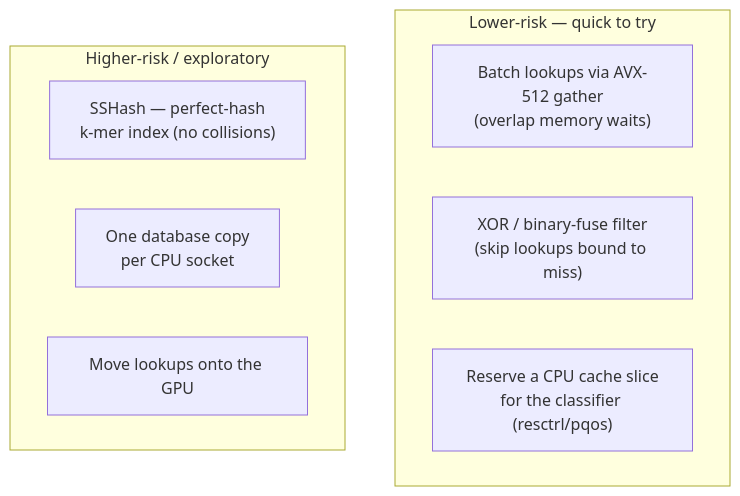
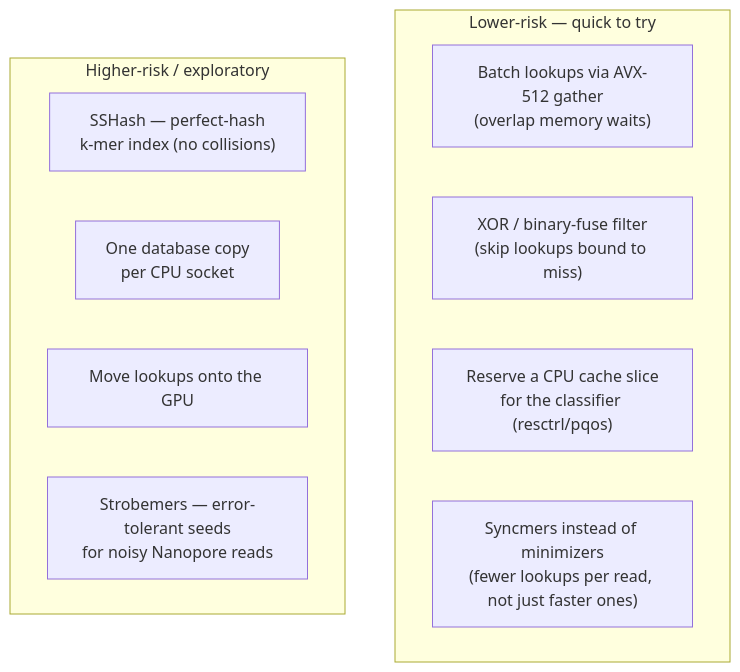
One commit to KathpaliaChirag/Nanopore-project changed the ninth of 10 diagrams in plan_2026-07-25.md. Above: the diagram before and after it, drawn with Mermaid. The commit also changed other lines of this file, not shown here.

Commit message:
docs: add syncmers and strobemers to thesis plan idea catalog
Two more researched ideas, a different lever from everything added so
far (fewer lookups per read, not just faster ones): syncmers (Edgar
2021) give a measured 29% fewer selected k-mers than minimizers at
Kraken2's own published parameters with no coverage loss, and two
existing classifiers already use them. Strobemers (Sahlin 2021) are
included with an honest caveat - they're an accuracy play against
Nanopore's error rate, not a lookup-count reducer, and have no prior
use in taxonomic classification, so it's flagged as genuinely
unproven ground rather than oversold.

````diff
--- a/plan_2026-07-25.md
+++ b/plan_2026-07-25.md
@@ -174,13 +174,15 @@
 ```mermaid
 flowchart TB
     subgraph LowRisk["Lower-risk — quick to try"]
         I1["Batch lookups via AVX-512 gather<br/>(overlap memory waits)"]
         I2["XOR / binary-fuse filter<br/>(skip lookups bound to miss)"]
         I3["Reserve a CPU cache slice<br/>for the classifier (resctrl/pqos)"]
+        I7["Syncmers instead of minimizers<br/>(fewer lookups per read, not just faster ones)"]
     end
     subgraph HighRisk["Higher-risk / exploratory"]
         I4["SSHash — perfect-hash<br/>k-mer index (no collisions)"]
         I5["One database copy<br/>per CPU socket"]
         I6["Move lookups onto the GPU"]
+        I8["Strobemers — error-tolerant seeds<br/>for noisy Nanopore reads"]
     end
 ```
````
